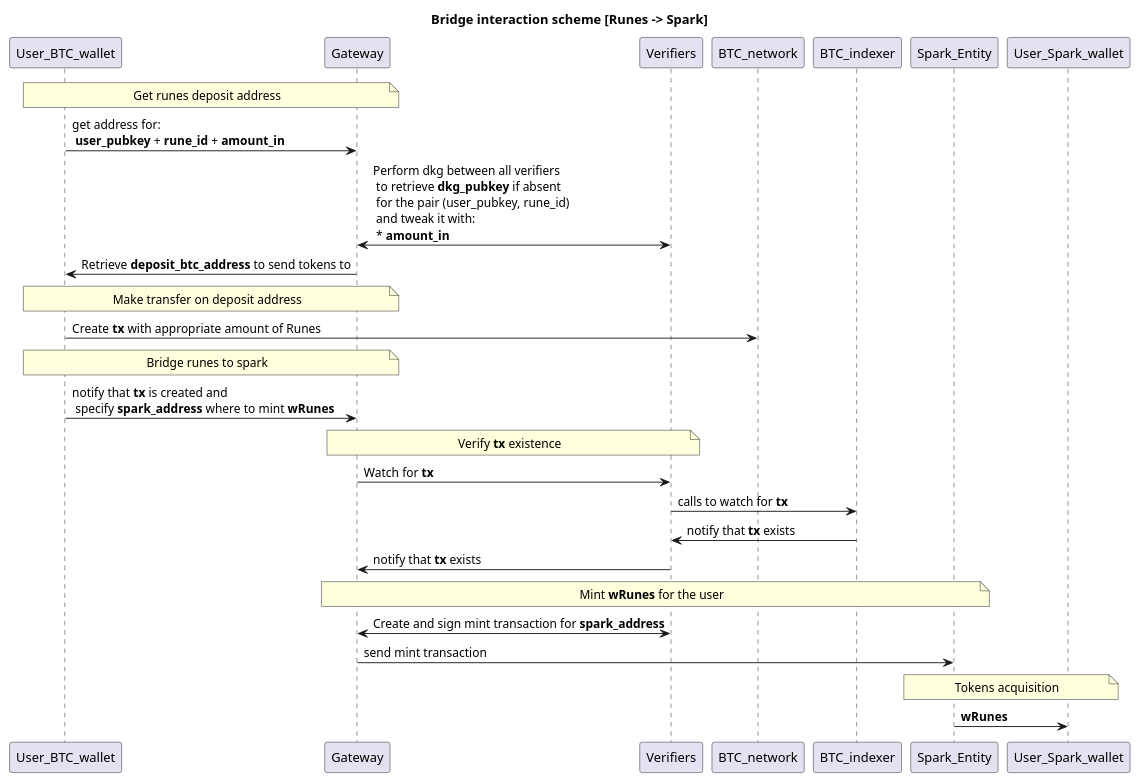
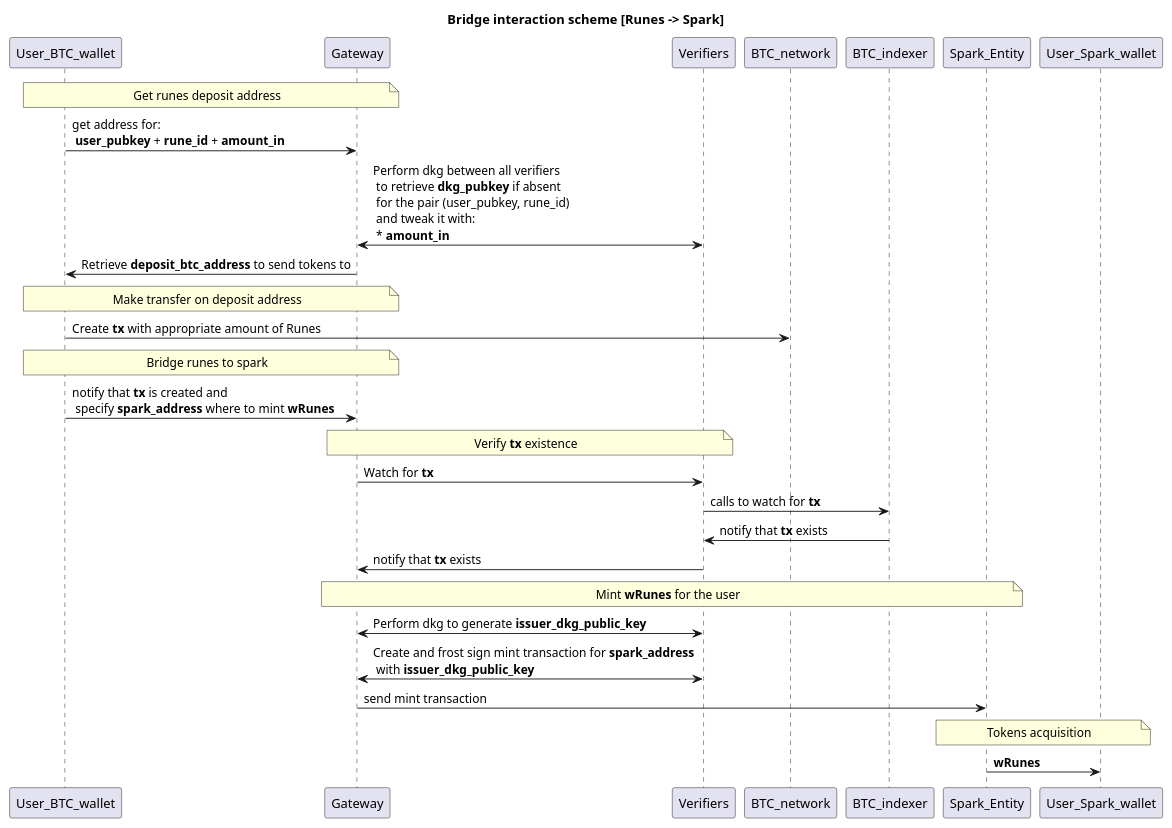
One commit to Sats-Terminal/spark-bridge-backend changed the diagram in docs/runes_spark.puml. Above: the diagram before and after it, drawn with PlantUML.

```diff
--- a/docs/runes_spark.puml
+++ b/docs/runes_spark.puml
@@ -1,27 +1,28 @@
 @startuml
 title Bridge interaction scheme [Runes -> Spark]
 
 note over User_BTC_wallet,Gateway:Get runes deposit address
 User_BTC_wallet->Gateway: get address for: \n **user_pubkey** + **rune_id** + **amount_in** 
 Gateway<->Verifiers:Perform dkg between all verifiers \n to retrieve **dkg_pubkey** if absent \n for the pair (user_pubkey, rune_id) \n and tweak it with: \n * **amount_in**
 Gateway->User_BTC_wallet: Retrieve **deposit_btc_address** to send tokens to
 
 note over User_BTC_wallet,Gateway:Make transfer on deposit address
 User_BTC_wallet->BTC_network: Create **tx** with appropriate amount of Runes
 note over User_BTC_wallet,Gateway:Bridge runes to spark
 User_BTC_wallet->Gateway: notify that **tx** is created and \n specify **spark_address** where to mint **wRunes**
 
 note over Gateway,Verifiers:Verify **tx** existence
 
 Gateway->Verifiers:Watch for **tx** 
 Verifiers->BTC_indexer: calls to watch for **tx**
 Verifiers<-BTC_indexer: notify that **tx** exists
 Gateway<-Verifiers: notify that **tx** exists
 
 note over Gateway,Spark_Entity:Mint **wRunes** for the user
-Gateway<->Verifiers:Create and sign mint transaction for **spark_address**
+Gateway<->Verifiers:Perform dkg to generate **issuer_dkg_public_key**
+Gateway<->Verifiers:Create and frost sign mint transaction for **spark_address** \n with **issuer_dkg_public_key**
 Gateway->Spark_Entity: send mint transaction
 
 note over User_Spark_wallet, Spark_Entity: Tokens acquisition
 User_Spark_wallet<-Spark_Entity: **wRunes**
 @enduml
```
